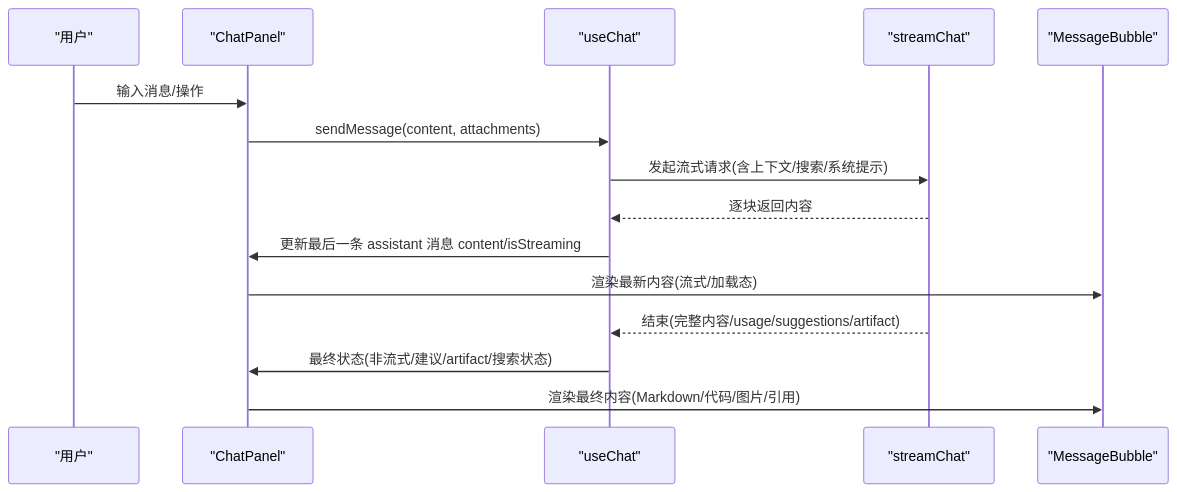
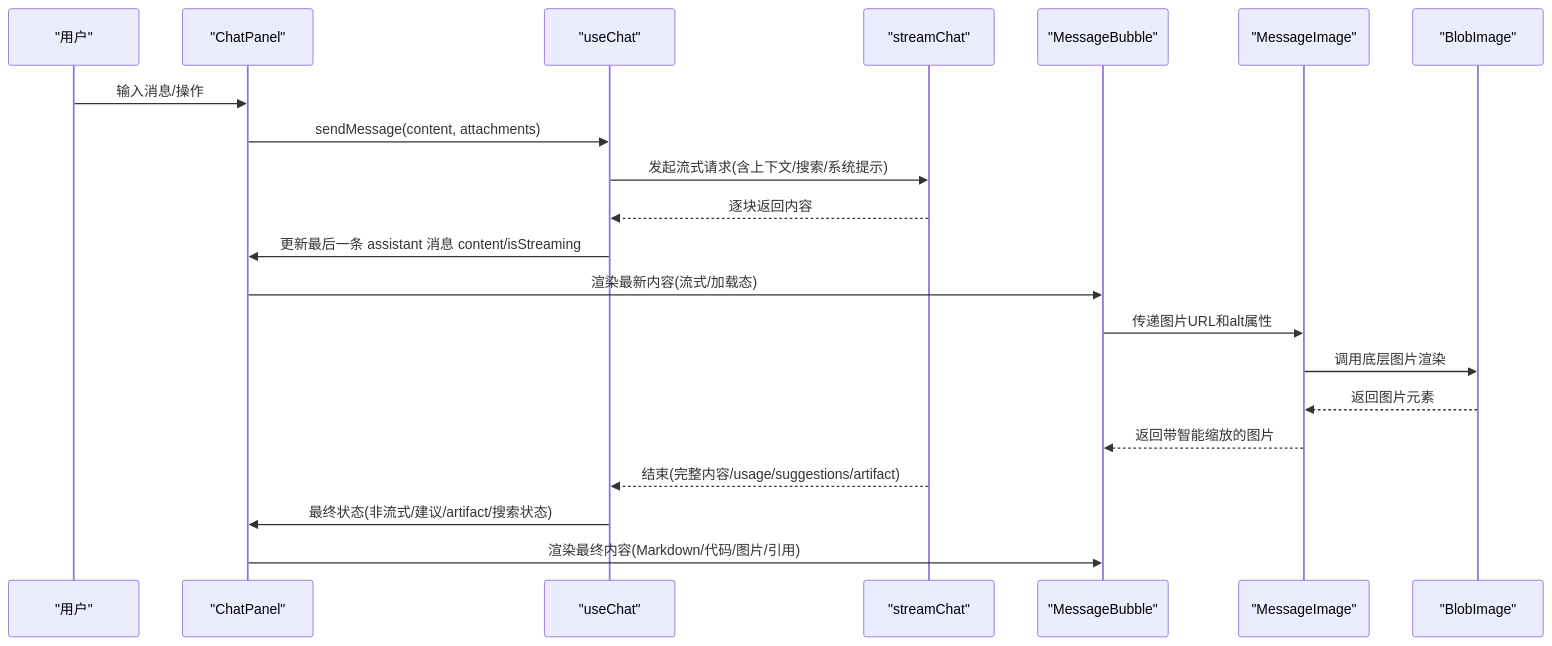
One commit to billye220670/AIShop changed the second of 8 diagrams in .qoder/repowiki/zh/content/架构设计/组件架构设计/功能面板组件/聊天面板组件/消息渲染系统.md. Above: the diagram before and after it, drawn with Mermaid. The commit also changed other lines of this file and 30 other files, not shown here.

Commit message:
docs: 同步 repowiki 知识库重组（图片压缩工具与消息渲染模块文档）

````diff
--- a/.qoder/repowiki/zh/content/架构设计/组件架构设计/功能面板组件/聊天面板组件/消息渲染系统.md
+++ b/.qoder/repowiki/zh/content/架构设计/组件架构设计/功能面板组件/聊天面板组件/消息渲染系统.md
@@ -132,17 +154,23 @@
 ```mermaid
 sequenceDiagram
 participant U as "用户"
 participant CP as "ChatPanel"
 participant UC as "useChat"
 participant API as "streamChat"
 participant MB as "MessageBubble"
+participant MI as "MessageImage"
+participant BI as "BlobImage"
 U->>CP : 输入消息/操作
 CP->>UC : sendMessage(content, attachments)
 UC->>API : 发起流式请求(含上下文/搜索/系统提示)
 API-->>UC : 逐块返回内容
 UC->>CP : 更新最后一条 assistant 消息 content/isStreaming
 CP->>MB : 渲染最新内容(流式/加载态)
+MB->>MI : 传递图片URL和alt属性
+MI->>BI : 调用底层图片渲染
+BI-->>MI : 返回图片元素
+MI-->>MB : 返回带智能缩放的图片
 API-->>UC : 结束(完整内容/usage/suggestions/artifact)
 UC->>CP : 最终状态(非流式/建议/artifact/搜索状态)
 CP->>MB : 渲染最终内容(Markdown/代码/图片/引用)
 ```
````
